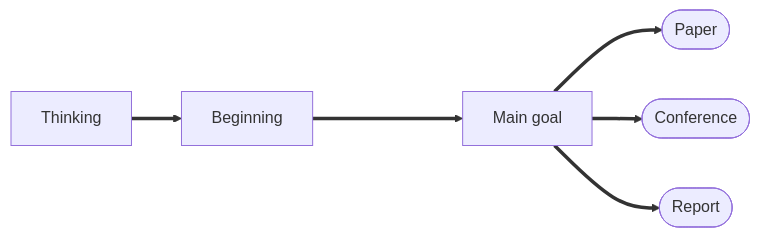
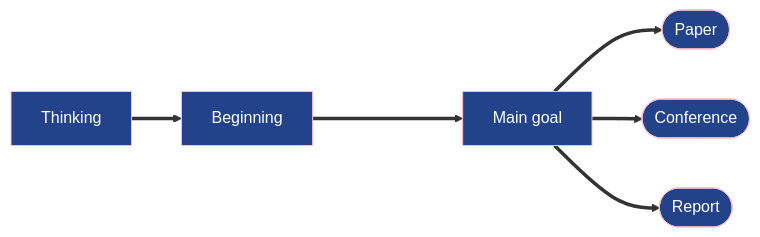
Before and after one commit to vhgauto/seminario2-gulich: the first of 3 diagrams in seminario.qmd, drawn with Mermaid. The commit also changed other lines of this file and 1 other file, not shown here.

````diff
--- a/seminario.qmd
+++ b/seminario.qmd
@@ -235,18 +235,20 @@
 ```{mermaid}
 
 %%{
   init: {
     'themeVariables': {
       'edgeLabelBackground': '#224289'
     }
   }
 }%%
 
 flowchart LR
     a1[Thinking] ==> a2[Beginning]
     a2 ====> |<span class="svg-spinners--clock"></span>| a3[Main goal]
 
     a3 ==> a4([Paper])
     a3 ==> a5([Conference])
     a3 ==> a6([Report])
+
+classDef default stroke:#FFC0CB,color:#FFFFFF,fill:#224289;
 ```
````
